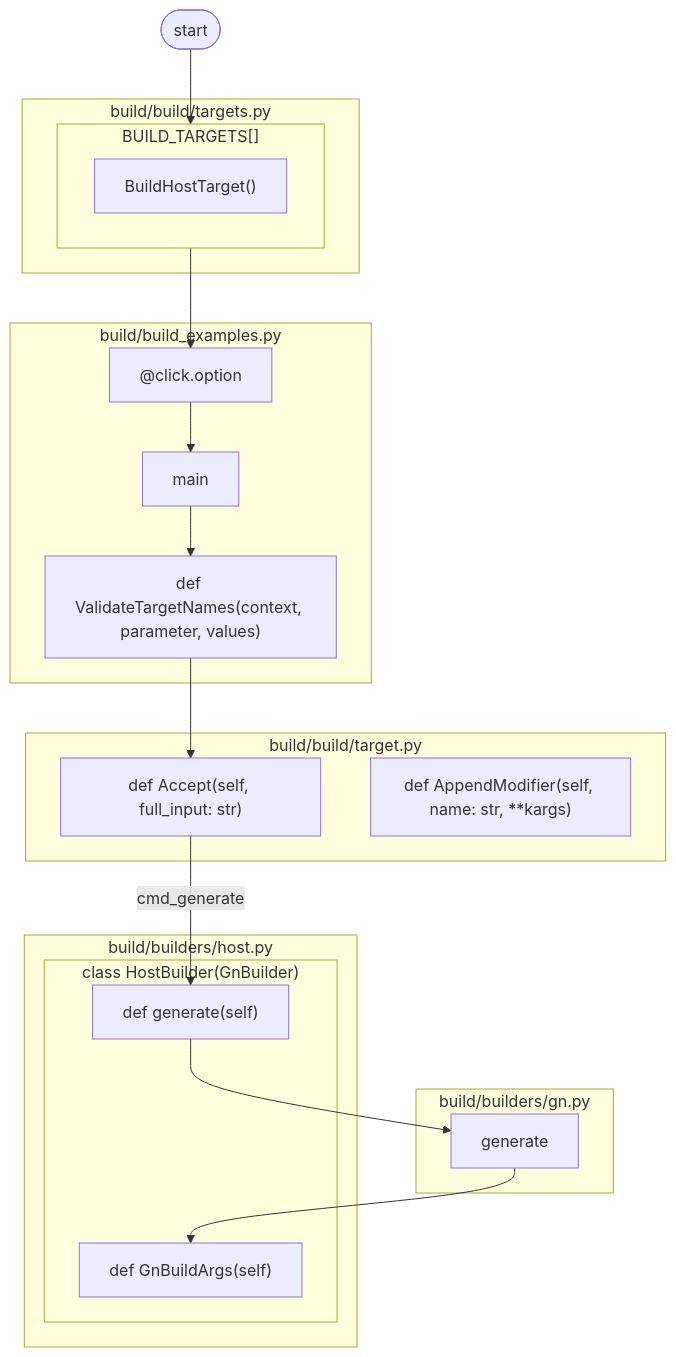
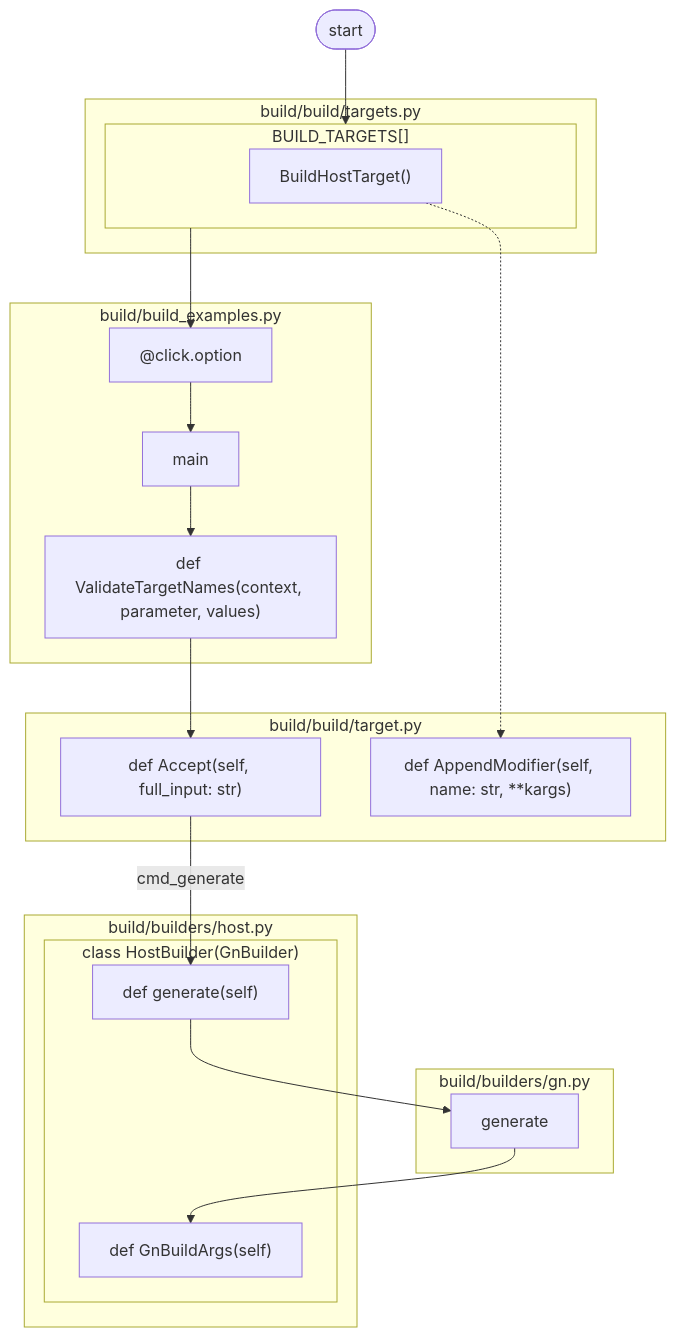
Before and after one commit to lankahsu520/HelperX: the fifth of 7 diagrams in helper_Matter.md, drawn with Mermaid. The commit also changed other lines of this file, not shown here.

````diff
--- a/helper_Matter.md
+++ b/helper_Matter.md
@@ -533,33 +512,34 @@
 ```mermaid
 flowchart TB
 	start([start])
 	subgraph target.py[build/build/target.py]
 		Accept["def Accept(self, full_input: str)"]
 		AppendModifier["def AppendModifier(self, name: str, **kargs)"]
 	end
 	subgraph targets.py[build/build/targets.py]
 		subgraph BUILD_TARGETS["BUILD_TARGETS[]"]
 			BuildHostTarget["BuildHostTarget()"]
 		end
 	end
 	subgraph gn.py[build/builders/gn.py]
 		generate_gn[generate]
 	end
 	subgraph host.py[build/builders/host.py]
 		subgraph HostBuilder["class HostBuilder(GnBuilder)"]
 			GnBuildArgs["def GnBuildArgs(self)"]
 			generate_host["def generate(self)"]
 		end
 	end
 	subgraph build_examples.py[build/build_examples.py]
 		main
 		click.option["@click.option"]
 		ValidateTargetNames["def ValidateTargetNames(context, parameter, values)"]
 	end
 	
+	BuildHostTarget -..-> AppendModifier
 	start --> BUILD_TARGETS --> click.option --> main --> ValidateTargetNames
 	ValidateTargetNames --> Accept --> |cmd_generate|generate_host
 	generate_host --> generate_gn
 	generate_gn --> GnBuildArgs
 
 ```
````
